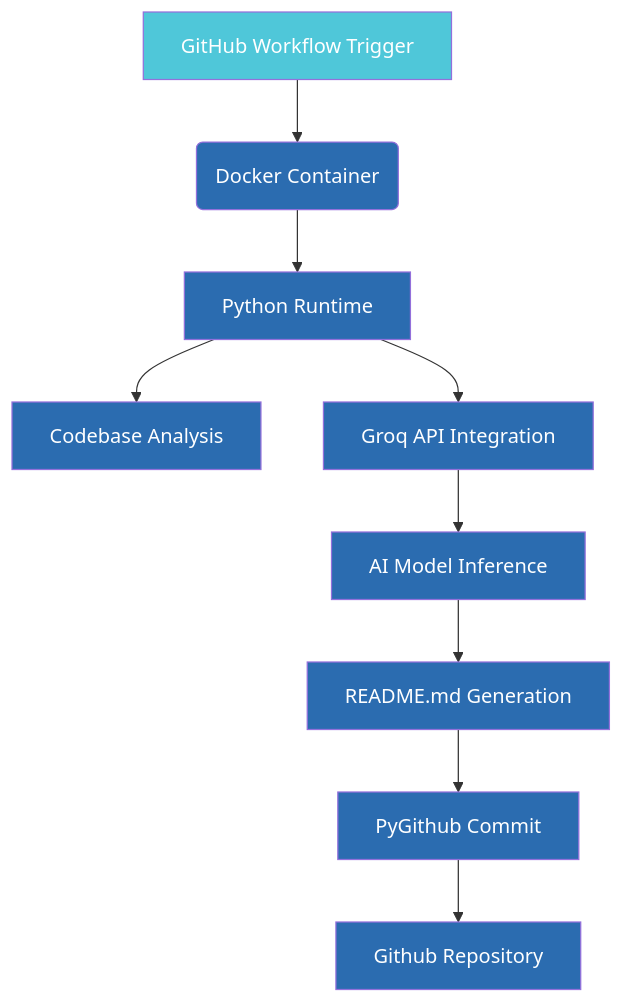
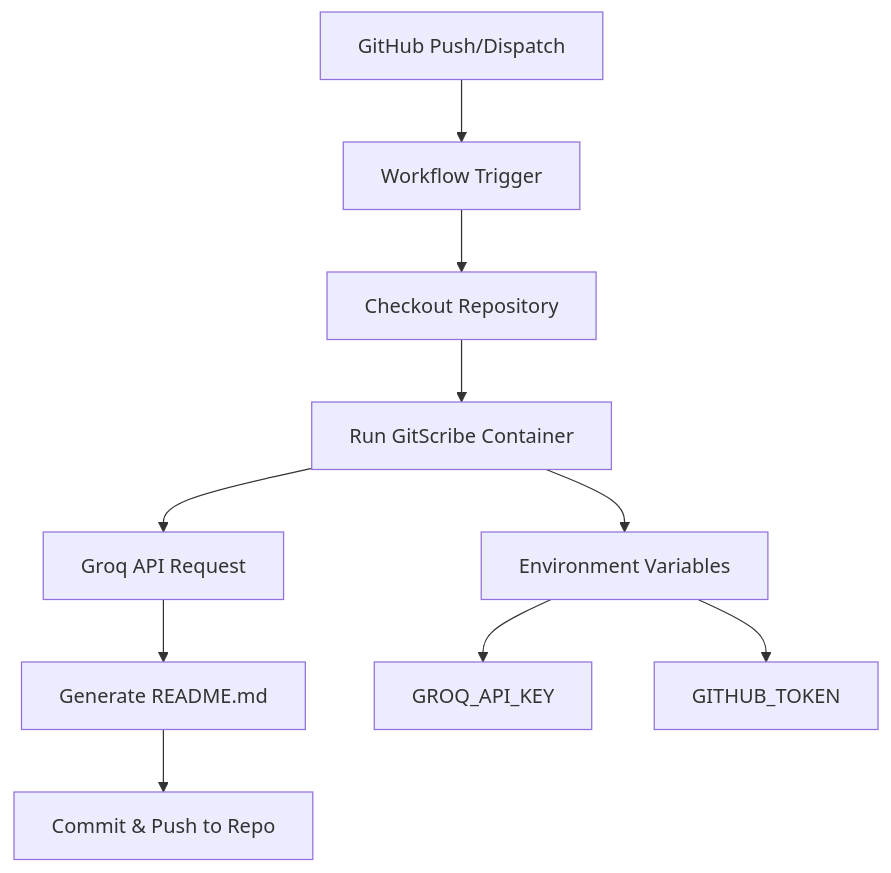
The diagram in README.md (tariqmahmoodde/GitScribe-AI), drawn with Mermaid before and after one commit. The commit also changed other lines of this file, not shown here.

Commit message:
docs: auto-generate README.md via GitScribe AI

````diff
--- a/README.md
+++ b/README.md
@@ -34,17 +76,12 @@
 ```mermaid
 graph TD
-    A[GitHub Workflow Trigger] --> B(Docker Container)
-    B --> C[Python Runtime]
-    C --> D[Codebase Analysis]
-    C --> E[Groq API Integration]
-    E --> F[AI Model Inference]
-    F --> G[README.md Generation]
-    G --> H[PyGithub Commit]
-    H --> I[Github Repository]
-    
-    classDef component fill:#2b6cb0,color:#fff;
-    classDef service fill:#4fc7d9,color:#fff;
-    
-    class B,C,D,E,F,G,H,I component
-    class A service
+    A[GitHub Push/Dispatch] --> B[Workflow Trigger]
+    B --> C[Checkout Repository]
+    C --> D[Run GitScribe Container]
+    D --> E[Groq API Request]
+    E --> F[Generate README.md]
+    F --> G[Commit & Push to Repo]
+    D --> H[Environment Variables]
+    H --> I[GROQ_API_KEY]
+    H --> J[GITHUB_TOKEN]
 ```
````
